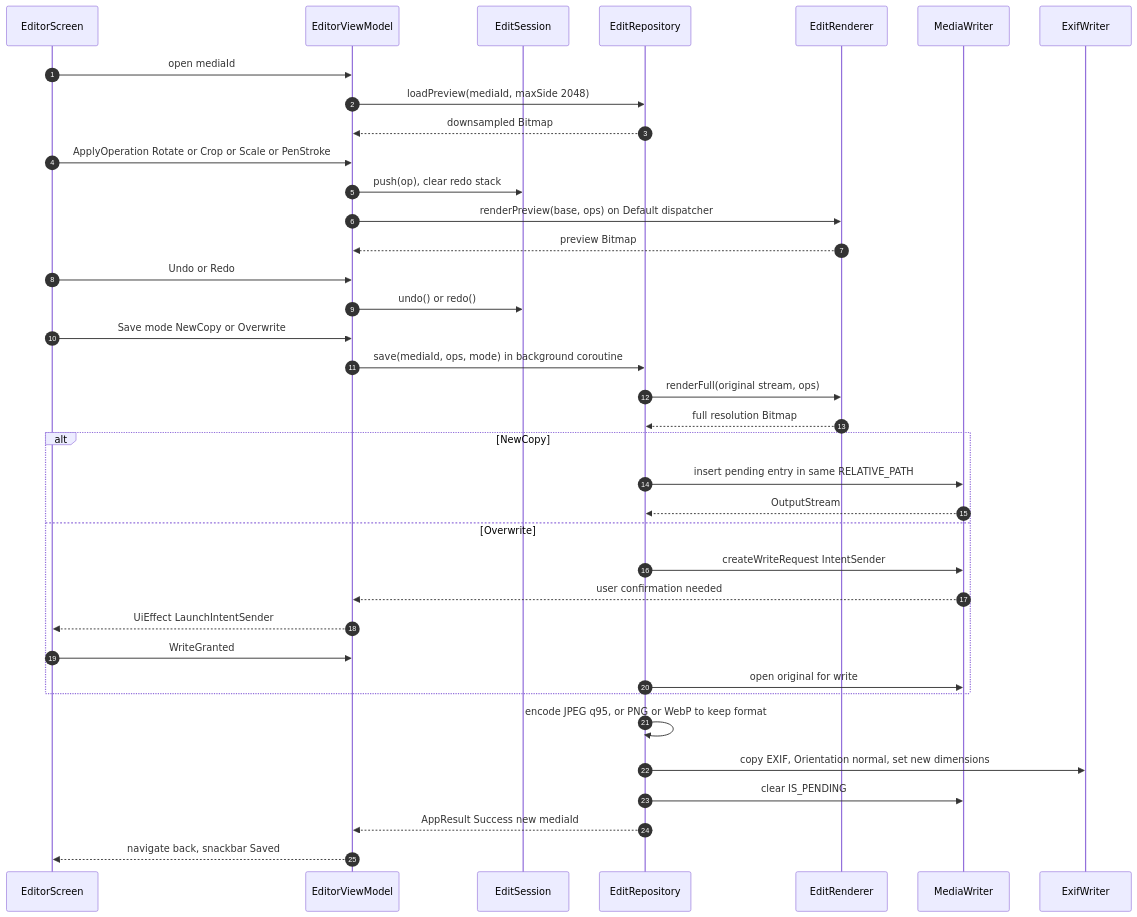
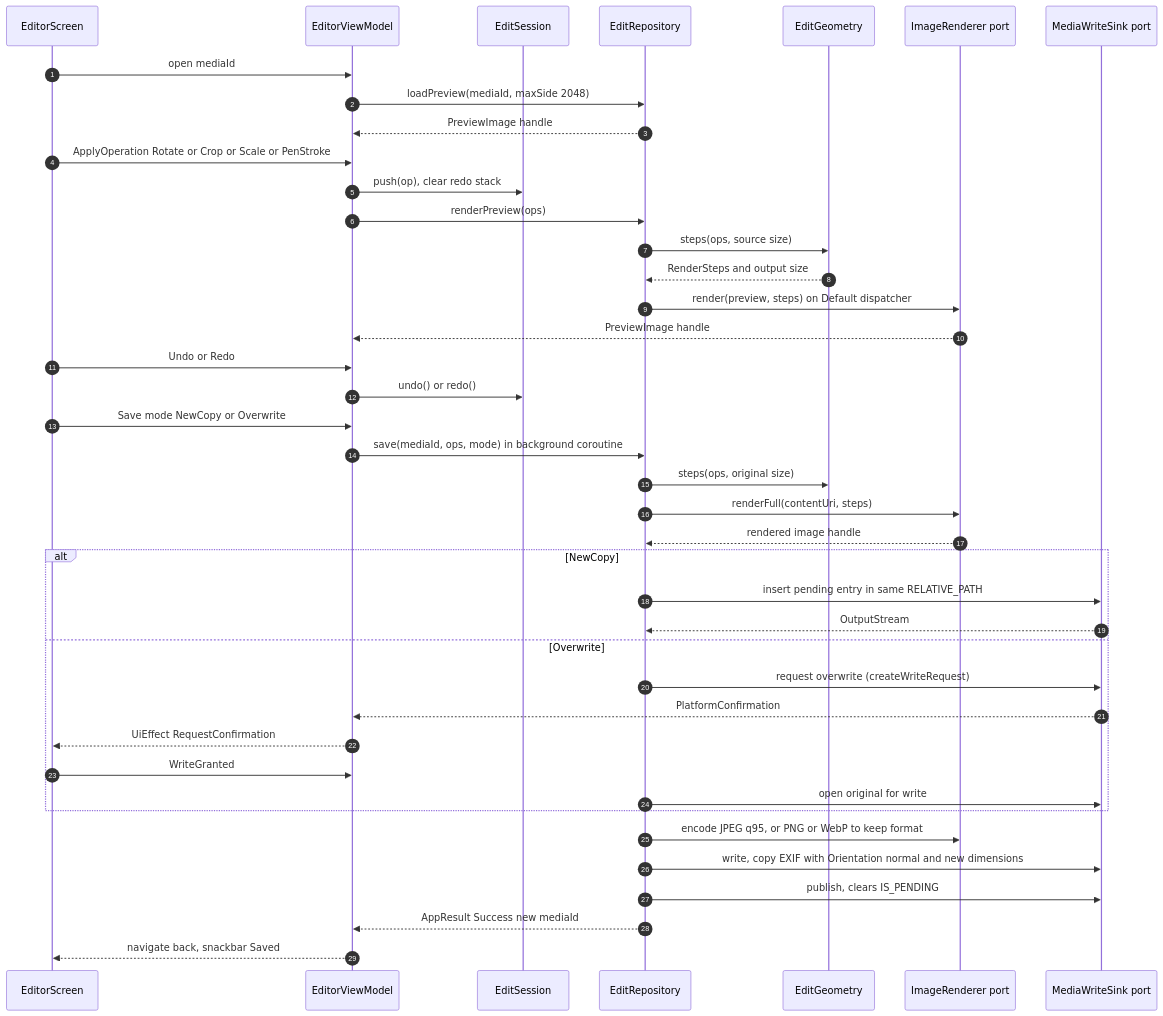
The seventh of 12 diagrams in docs/ARCHITECTURE.md (drehtuer/NextGalleryApp), drawn with Mermaid before and after one commit. The commit also changed other lines of this file and 3 other files, not shown here.

````diff
--- a/docs/ARCHITECTURE.md
+++ b/docs/ARCHITECTURE.md
@@ -528,40 +566,44 @@
 ```mermaid
 sequenceDiagram
     autonumber
     participant UI as EditorScreen
     participant VM as EditorViewModel
     participant S as EditSession
     participant R as EditRepository
-    participant Ren as EditRenderer
-    participant MW as MediaWriter
-    participant EW as ExifWriter
+    participant G as EditGeometry
+    participant Ren as ImageRenderer port
+    participant MW as MediaWriteSink port
 
     UI->>VM: open mediaId
     VM->>R: loadPreview(mediaId, maxSide 2048)
-    R-->>VM: downsampled Bitmap
+    R-->>VM: PreviewImage handle
     UI->>VM: ApplyOperation Rotate or Crop or Scale or PenStroke
     VM->>S: push(op), clear redo stack
-    VM->>Ren: renderPreview(base, ops) on Default dispatcher
-    Ren-->>VM: preview Bitmap
+    VM->>R: renderPreview(ops)
+    R->>G: steps(ops, source size)
+    G-->>R: RenderSteps and output size
+    R->>Ren: render(preview, steps) on Default dispatcher
+    Ren-->>VM: PreviewImage handle
     UI->>VM: Undo or Redo
     VM->>S: undo() or redo()
     UI->>VM: Save mode NewCopy or Overwrite
     VM->>R: save(mediaId, ops, mode) in background coroutine
-    R->>Ren: renderFull(original stream, ops)
-    Ren-->>R: full resolution Bitmap
+    R->>G: steps(ops, original size)
+    R->>Ren: renderFull(contentUri, steps)
+    Ren-->>R: rendered image handle
     alt NewCopy
         R->>MW: insert pending entry in same RELATIVE_PATH
         MW-->>R: OutputStream
     else Overwrite
-        R->>MW: createWriteRequest IntentSender
-        MW-->>VM: user confirmation needed
-        VM-->>UI: UiEffect LaunchIntentSender
+        R->>MW: request overwrite (createWriteRequest)
+        MW-->>VM: PlatformConfirmation
+        VM-->>UI: UiEffect RequestConfirmation
         UI->>VM: WriteGranted
         R->>MW: open original for write
     end
-    R->>R: encode JPEG q95, or PNG or WebP to keep format
-    R->>EW: copy EXIF, Orientation normal, set new dimensions
-    R->>MW: clear IS_PENDING
+    R->>Ren: encode JPEG q95, or PNG or WebP to keep format
+    R->>MW: write, copy EXIF with Orientation normal and new dimensions
+    R->>MW: publish, clears IS_PENDING
     R-->>VM: AppResult Success new mediaId
     VM-->>UI: navigate back, snackbar Saved
 ```
````
